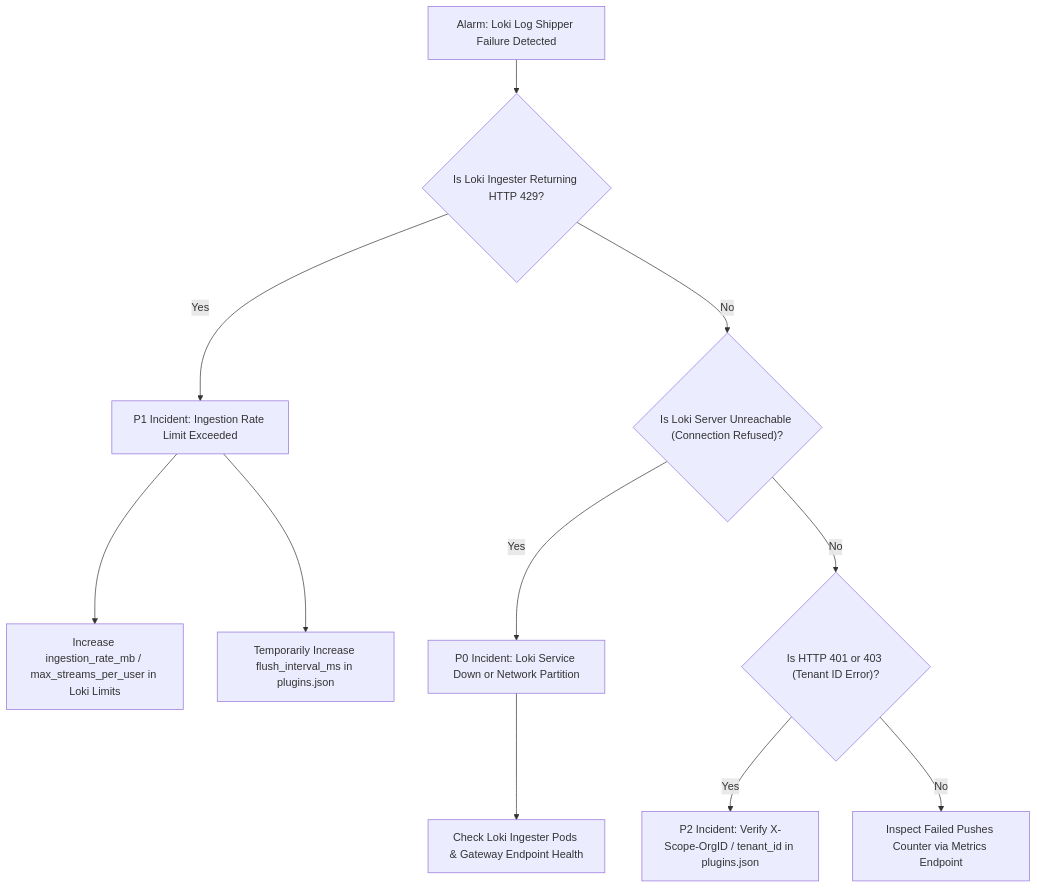
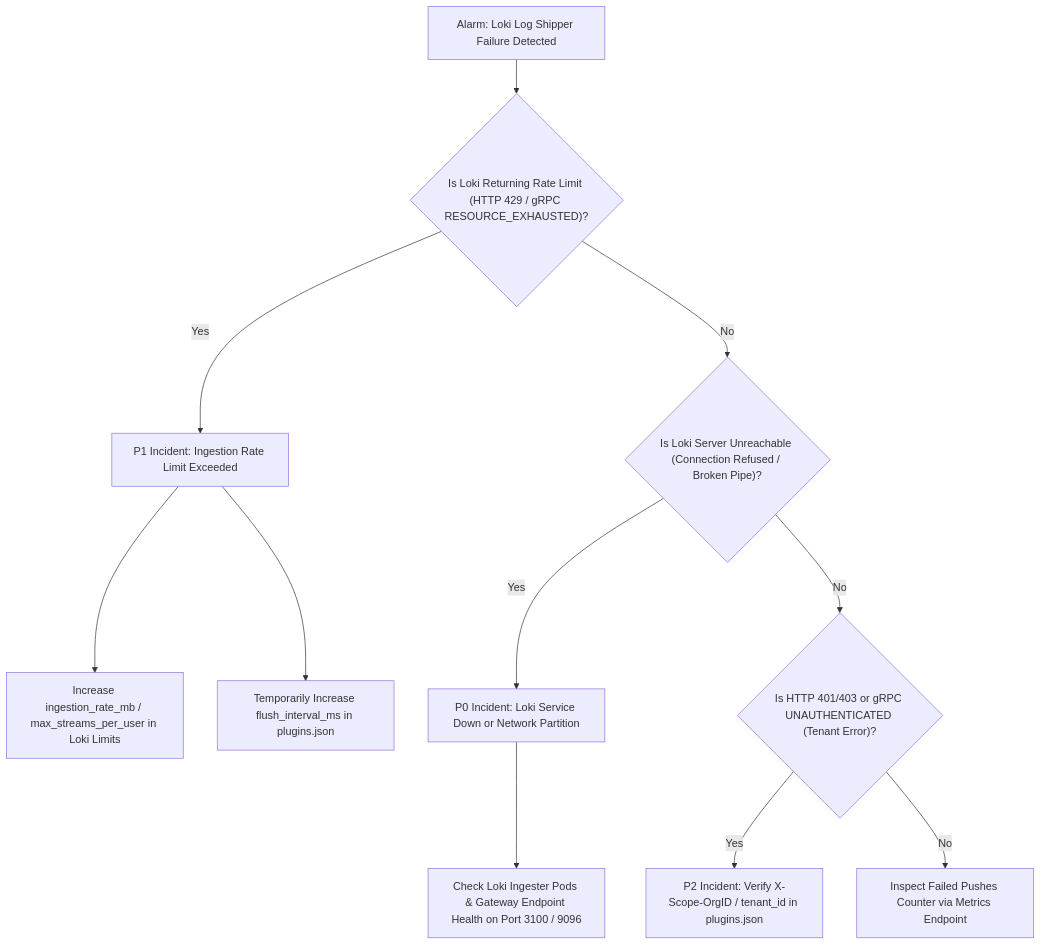
Before and after one commit to phucle996/velda-edge: the diagram in crates/velda-plugin/src/background/loki_log_shipper/RUNBOOK.md, drawn with Mermaid. The commit also changed other lines of this file and 98 other files, not shown here.

````diff
--- a/crates/velda-plugin/src/background/loki_log_shipper/RUNBOOK.md
+++ b/crates/velda-plugin/src/background/loki_log_shipper/RUNBOOK.md
@@ -29,13 +29,13 @@
 ```mermaid
 flowchart TD
-    A["Alarm: Loki Log Shipper Failure Detected"] --> B{"Is Loki Ingester Returning HTTP 429?"}
+    A["Alarm: Loki Log Shipper Failure Detected"] --> B{"Is Loki Returning Rate Limit (HTTP 429 / gRPC RESOURCE_EXHAUSTED)?"}
     B -- Yes --> C["P1 Incident: Ingestion Rate Limit Exceeded"]
     C --> D["Increase ingestion_rate_mb / max_streams_per_user in Loki Limits"]
     C --> E["Temporarily Increase flush_interval_ms in plugins.json"]
-    B -- No --> F{"Is Loki Server Unreachable (Connection Refused)?"}
+    B -- No --> F{"Is Loki Server Unreachable (Connection Refused / Broken Pipe)?"}
     F -- Yes --> G["P0 Incident: Loki Service Down or Network Partition"]
-    G --> H["Check Loki Ingester Pods & Gateway Endpoint Health"]
-    F -- No --> I{"Is HTTP 401 or 403 (Tenant ID Error)?"}
+    G --> H["Check Loki Ingester Pods & Gateway Endpoint Health on Port 3100 / 9096"]
+    F -- No --> I{"Is HTTP 401/403 or gRPC UNAUTHENTICATED (Tenant Error)?"}
     I -- Yes --> J["P2 Incident: Verify X-Scope-OrgID / tenant_id in plugins.json"]
     I -- No --> K["Inspect Failed Pushes Counter via Metrics Endpoint"]
 ```
````
